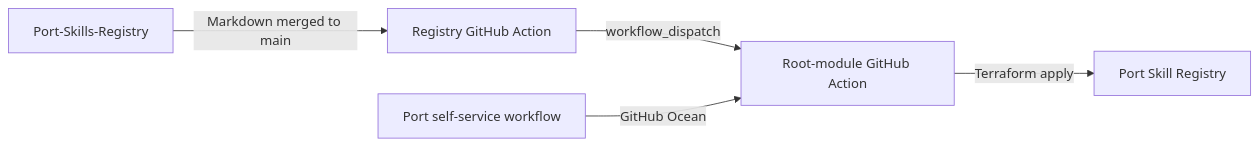
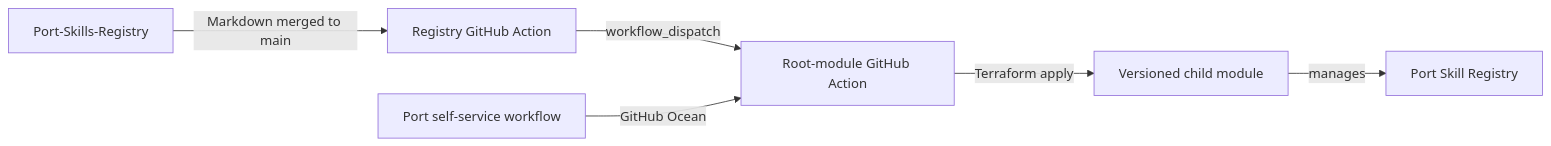
One commit to sce81/terraform-port-skills-root-module changed the diagram in README.md. Above: the diagram before and after it, drawn with Mermaid. The commit also changed other lines of this file and 7 other files, not shown here.

First line of the commit message:
Compose Port Skills through child module

````diff
--- a/README.md
+++ b/README.md
@@ -18,7 +19,8 @@
 ```mermaid
 flowchart LR
   Registry["Port-Skills-Registry"] -->|"Markdown merged to main"| Trigger["Registry GitHub Action"]
   Trigger -->|"workflow_dispatch"| Sync["Root-module GitHub Action"]
   Port["Port self-service workflow"] -->|"GitHub Ocean"| Sync
-  Sync -->|"Terraform apply"| Skills["Port Skill Registry"]
+  Sync -->|"Terraform apply"| Child["Versioned child module"]
+  Child -->|"manages"| Skills["Port Skill Registry"]
 ```
````
